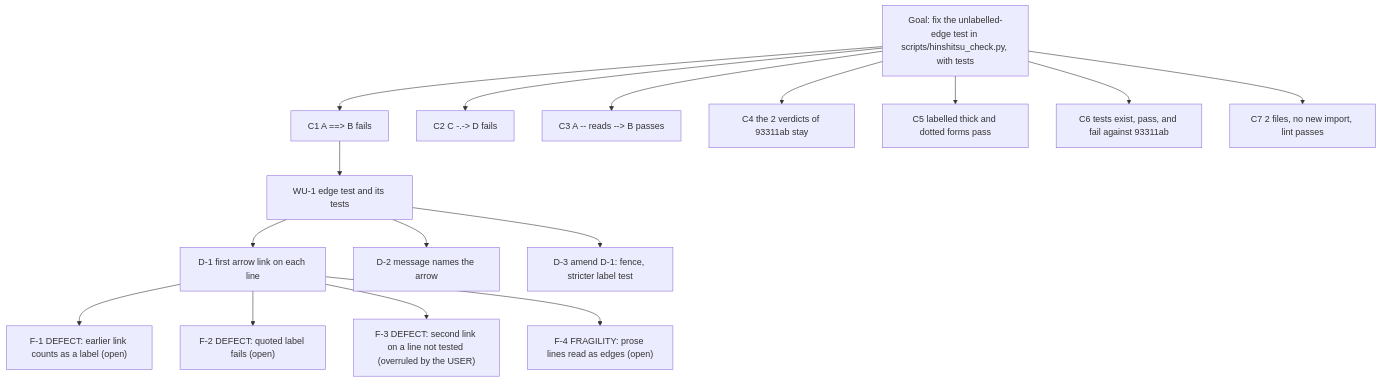
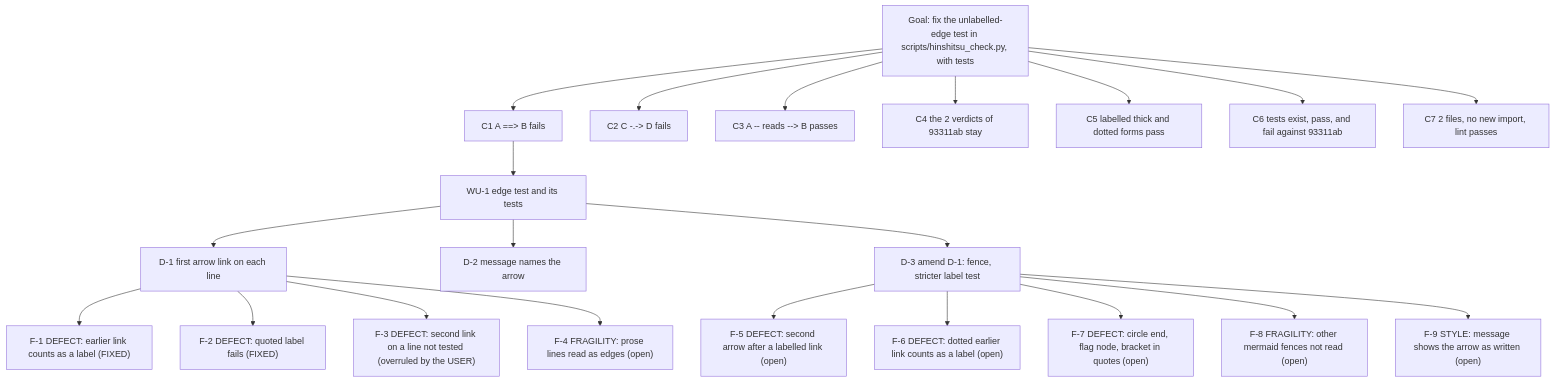
Before and after one commit to CatCorner22/devin: the diagram in runs/2.1.0-mermaid-edges/MINDMAP.md, drawn with Mermaid. The commit also changed other lines of this file and 3 other files, not shown here.

````diff
--- a/runs/2.1.0-mermaid-edges/MINDMAP.md
+++ b/runs/2.1.0-mermaid-edges/MINDMAP.md
@@ -26,19 +31,24 @@
 ```mermaid
 graph TD
   G["Goal: fix the unlabelled-edge test in scripts/hinshitsu_check.py, with tests"]
   G --> C1["C1 A ==> B fails"]
   G --> C2["C2 C -.-> D fails"]
   G --> C3["C3 A -- reads --> B passes"]
   G --> C4["C4 the 2 verdicts of 93311ab stay"]
   G --> C5["C5 labelled thick and dotted forms pass"]
   G --> C6["C6 tests exist, pass, and fail against 93311ab"]
   G --> C7["C7 2 files, no new import, lint passes"]
   C1 --> WU1["WU-1 edge test and its tests"]
   WU1 --> D1["D-1 first arrow link on each line"]
   WU1 --> D2["D-2 message names the arrow"]
   WU1 --> D3["D-3 amend D-1: fence, stricter label test"]
-  D1 --> F1["F-1 DEFECT: earlier link counts as a label (open)"]
-  D1 --> F2["F-2 DEFECT: quoted label fails (open)"]
+  D3 --> F5["F-5 DEFECT: second arrow after a labelled link (open)"]
+  D3 --> F6["F-6 DEFECT: dotted earlier link counts as a label (open)"]
+  D3 --> F7["F-7 DEFECT: circle end, flag node, bracket in quotes (open)"]
+  D3 --> F8["F-8 FRAGILITY: other mermaid fences not read (open)"]
+  D3 --> F9["F-9 STYLE: message shows the arrow as written (open)"]
+  D1 --> F1["F-1 DEFECT: earlier link counts as a label (FIXED)"]
+  D1 --> F2["F-2 DEFECT: quoted label fails (FIXED)"]
   D1 --> F3["F-3 DEFECT: second link on a line not tested (overruled by the USER)"]
   D1 --> F4["F-4 FRAGILITY: prose lines read as edges (open)"]
 ```
````
